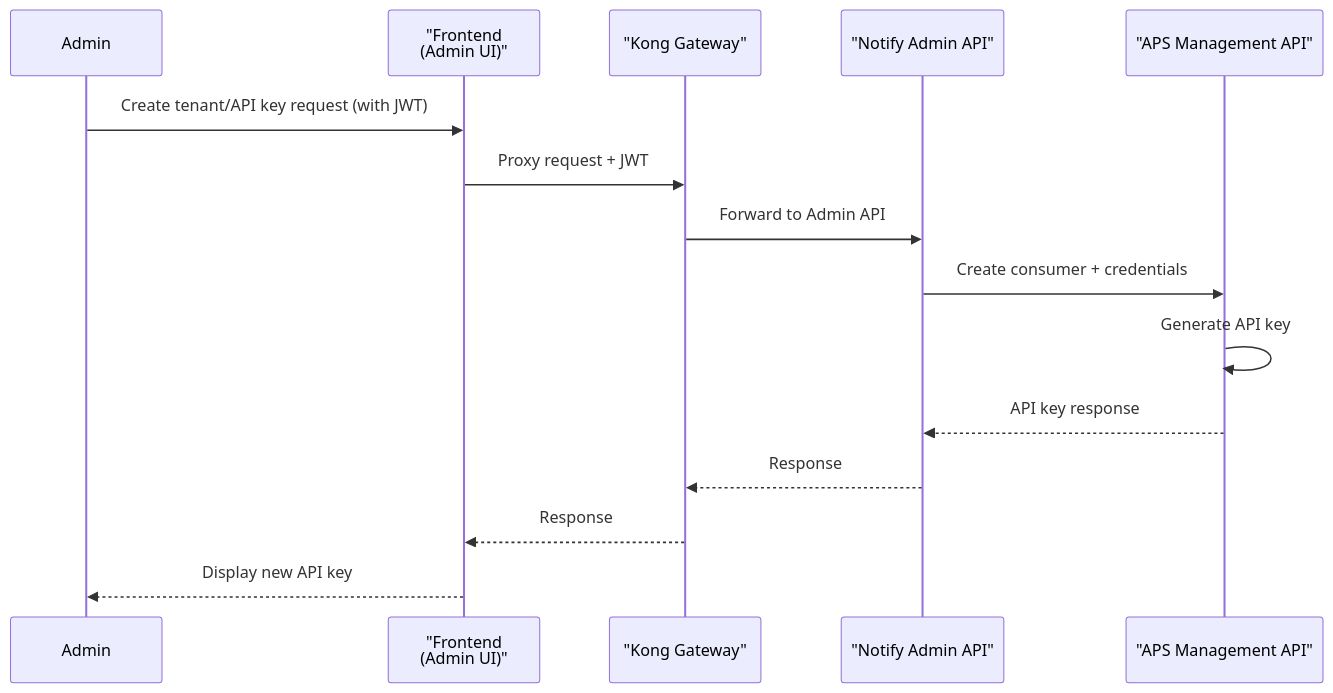
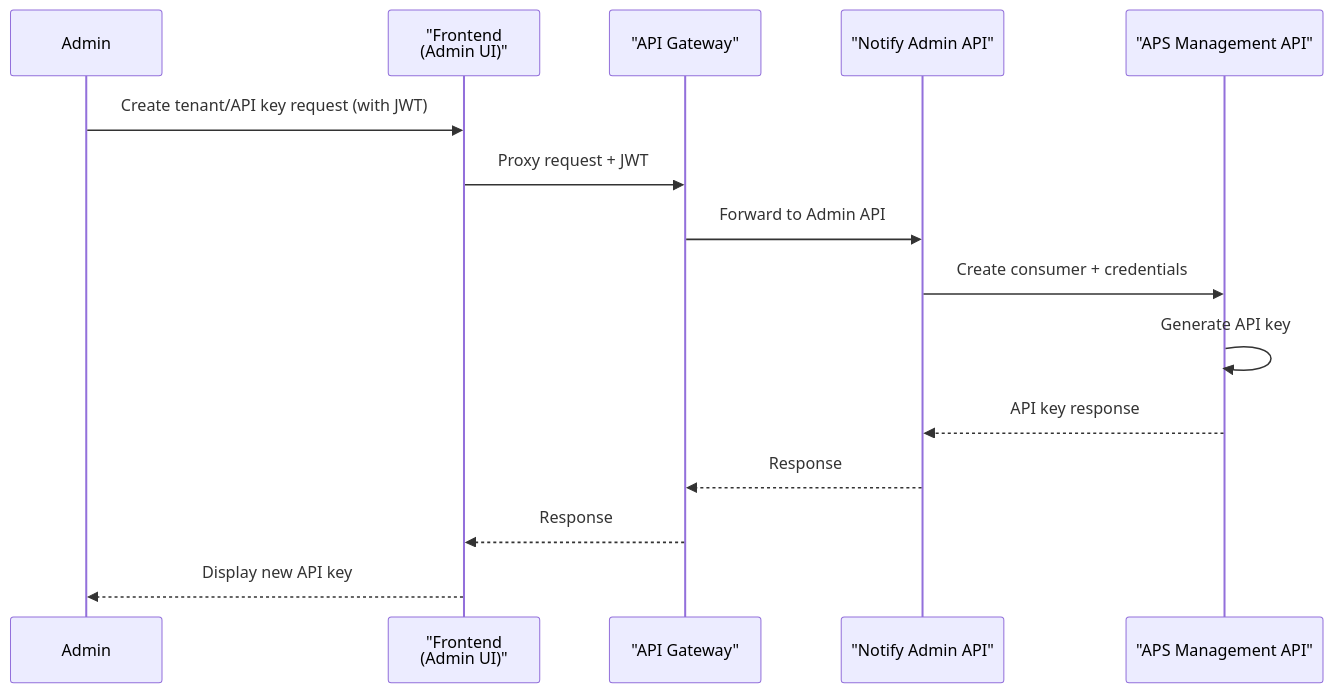
Before and after one commit to bcgov/common-notify: the fourth of 5 diagrams in notify_api_gateway_architecture_v3.md, drawn with Mermaid. The commit also changed other lines of this file and 3 other files, not shown here.

````diff
--- a/notify_api_gateway_architecture_v3.md
+++ b/notify_api_gateway_architecture_v3.md
@@ -148,18 +148,18 @@
 ```mermaid
 sequenceDiagram
     participant Admin
     participant Frontend as "Frontend<br/>(Admin UI)"
-    participant Kong as "Kong Gateway"
+    participant Gateway as "API Gateway"
     participant AdminAPI as "Notify Admin API"
     participant APS as "APS Management API"
 
     Admin->>Frontend: Create tenant/API key request (with JWT)
-    Frontend->>Kong: Proxy request + JWT
-    Kong->>AdminAPI: Forward to Admin API
+    Frontend->>Gateway: Proxy request + JWT
+    Gateway->>AdminAPI: Forward to Admin API
     AdminAPI->>APS: Create consumer + credentials
     APS->>APS: Generate API key
     APS-->>AdminAPI: API key response
-    AdminAPI-->>Kong: Response
-    Kong-->>Frontend: Response
+    AdminAPI-->>Gateway: Response
+    Gateway-->>Frontend: Response
     Frontend-->>Admin: Display new API key
 ```
````
